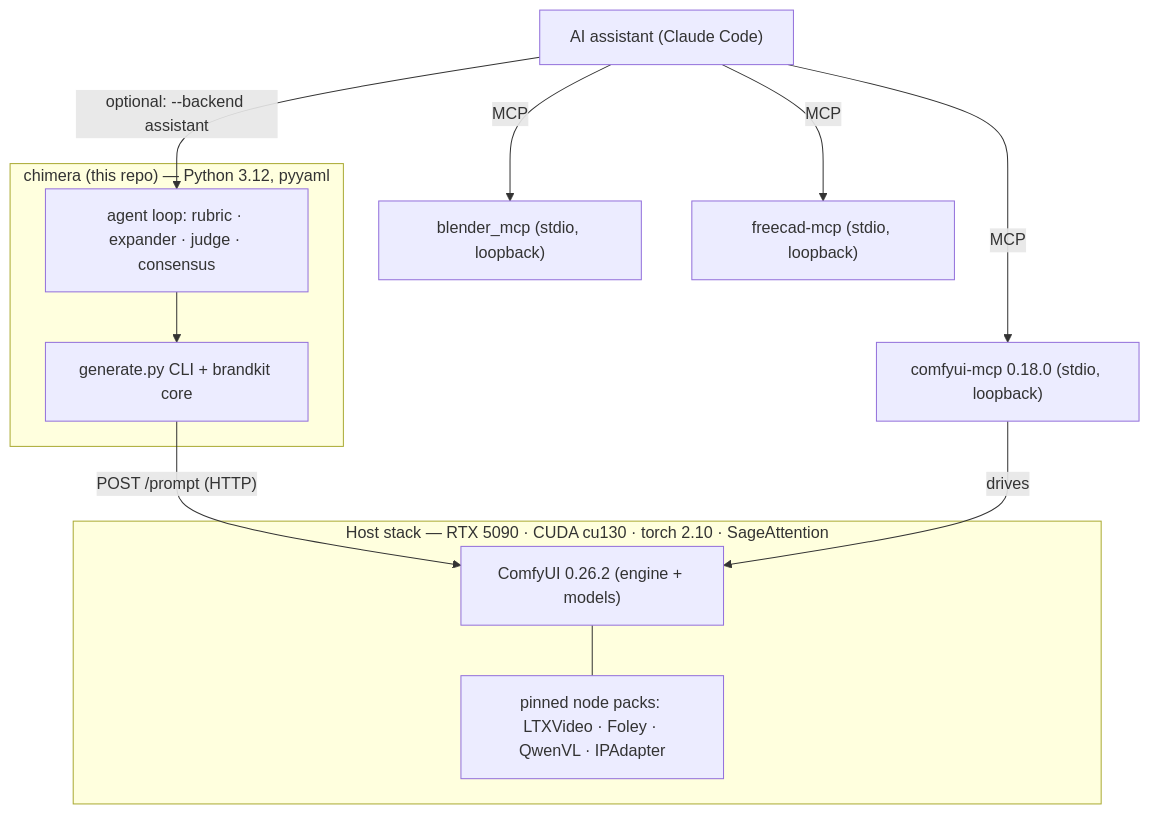
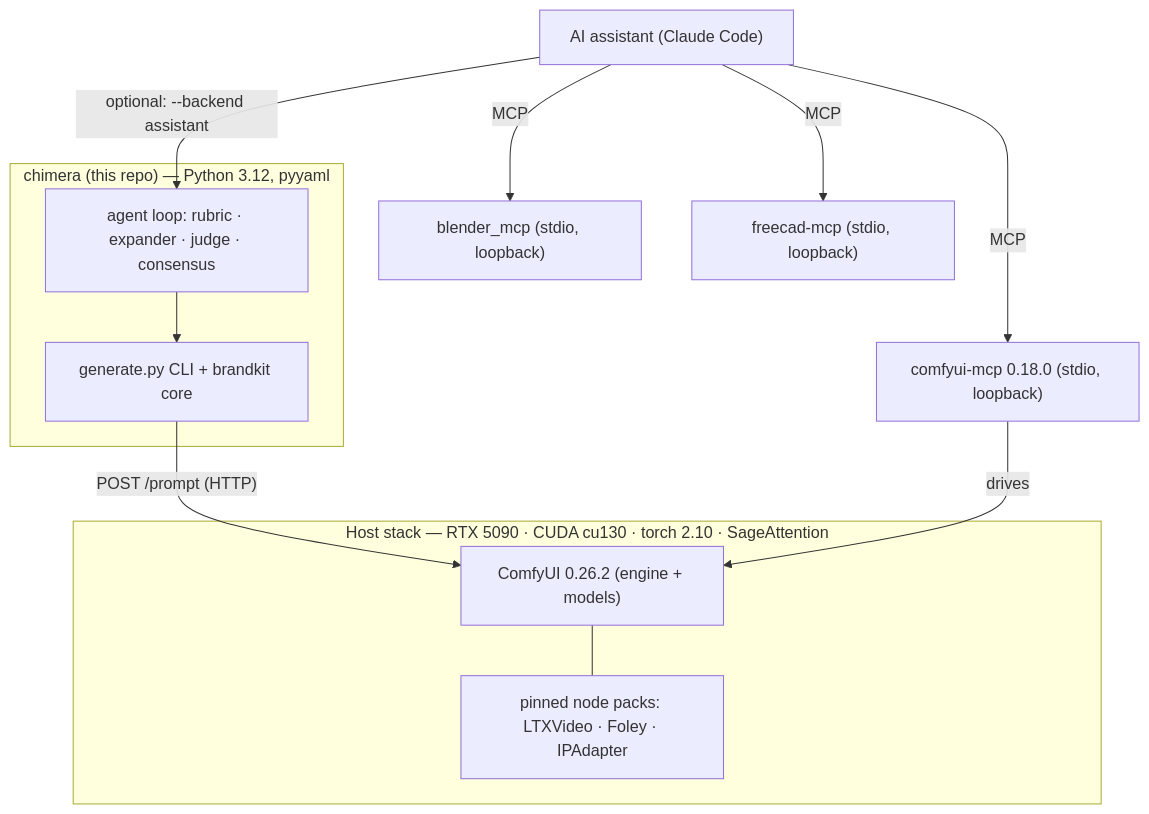
Before and after one commit to whartons/Chimera: the diagram in docs/STACK.md, drawn with Mermaid. The commit also changed other lines of this file and 50 other files, not shown here.

````diff
--- a/docs/STACK.md
+++ b/docs/STACK.md
@@ -12,22 +12,22 @@
 ```mermaid
 flowchart TD
     subgraph host["Host stack — RTX 5090 · CUDA cu130 · torch 2.10 · SageAttention"]
         comfy["ComfyUI 0.26.2 (engine + models)"]
-        packs["pinned node packs: LTXVideo · Foley · QwenVL · IPAdapter"]
+        packs["pinned node packs: LTXVideo · Foley · IPAdapter"]
         comfy --- packs
     end
     subgraph chimera["chimera (this repo) — Python 3.12, pyyaml"]
         cli["generate.py CLI + brandkit core"]
         agent["agent loop: rubric · expander · judge · consensus"]
     end
     mcp["comfyui-mcp 0.18.0 (stdio, loopback)"]
     cli -->|"POST /prompt (HTTP)"| comfy
     agent --> cli
     mcp -->|drives| comfy
     assistant["AI assistant (Claude Code)"] -->|MCP| mcp
     blender["blender_mcp (stdio, loopback)"]
     freecad["freecad-mcp (stdio, loopback)"]
     assistant -->|MCP| blender
     assistant -->|MCP| freecad
     assistant -->|"optional: --backend assistant"| agent
 ```
````
